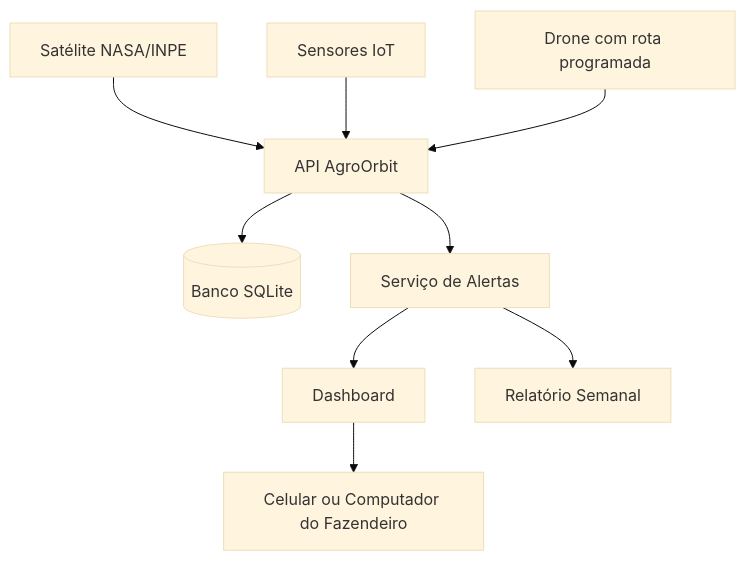
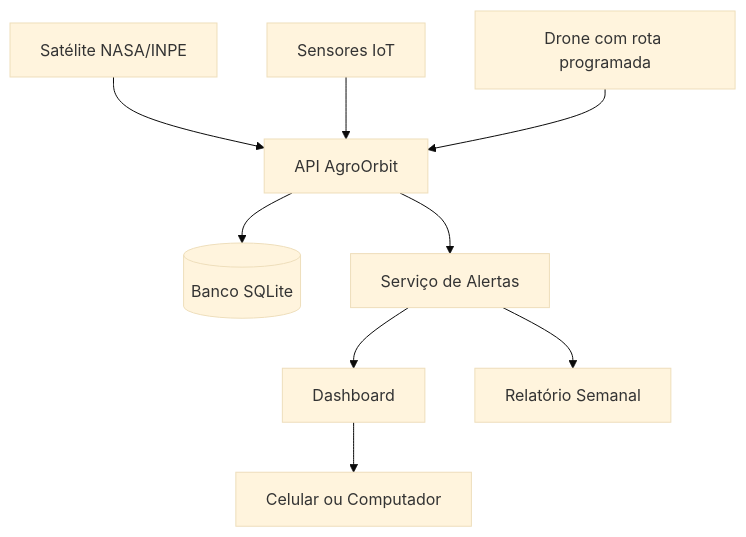
One commit to Luiza122/GSAPI changed the diagram in README.md. Above: the diagram before and after it, drawn with Mermaid (base theme). The commit also changed other lines of this file, not shown here.

````diff
--- a/README.md
+++ b/README.md
@@ -430,11 +210,11 @@
 ```mermaid
 flowchart TD
     A[Satélite NASA/INPE] --> B[API AgroOrbit]
     C[Sensores IoT] --> B
     D[Drone com rota programada] --> B
     B --> E[(Banco SQLite)]
     B --> F[Serviço de Alertas]
     F --> G[Dashboard]
     F --> H[Relatório Semanal]
-    G --> I[Celular ou Computador do Fazendeiro]
+    G --> I[Celular ou Computador]
 ```
````
